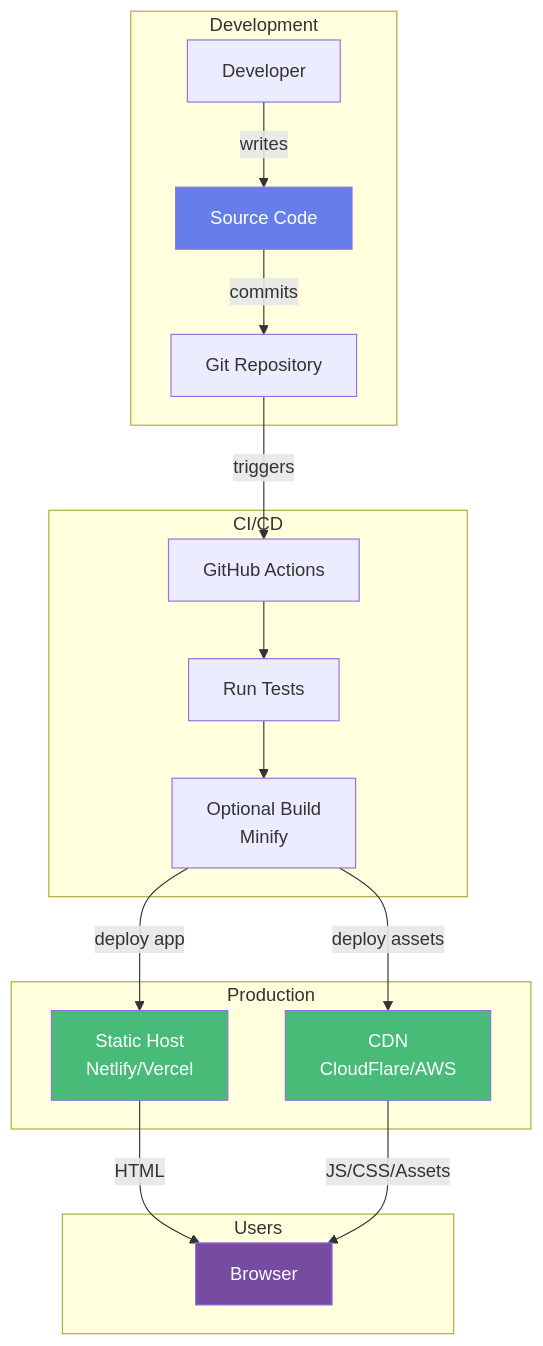
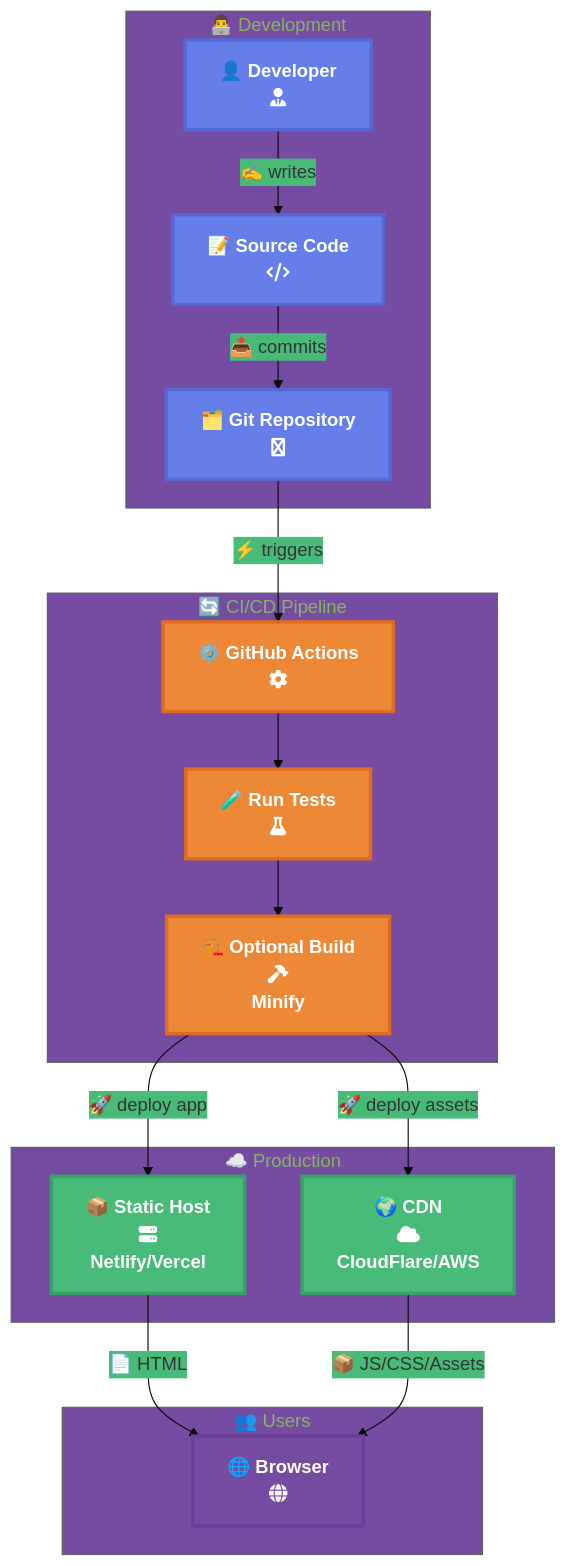
Before and after one commit to larcjs/larc: the fifth of 5 diagrams in docs/books/learning-larc/diagrams/01-architecture-overview.md, drawn with Mermaid. The commit also changed other lines of this file and 12 other files, not shown here.

First line of the commit message:
docs: expand Learning LARC chapters 11-19 into individual files and enhance diagrams

````diff
--- a/docs/books/learning-larc/diagrams/01-architecture-overview.md
+++ b/docs/books/learning-larc/diagrams/01-architecture-overview.md
@@ -157,41 +182,47 @@
 ```mermaid
+%%{init: {'theme':'base', 'themeVariables': { 'primaryColor':'#667eea','secondaryColor':'#48bb78','tertiaryColor':'#764ba2'}}}%%
 graph TB
-    subgraph "Development"
-        Dev[Developer]
-        Code[Source Code]
-        Git[Git Repository]
+    subgraph Dev["👨‍💻 Development"]
+        Developer["👤 Developer<br/>fa:fa-user-tie"]
+        Code["📝 Source Code<br/>fa:fa-code"]
+        Git["🗂️ Git Repository<br/>fa:fa-git-alt"]
 
-        Dev -->|writes| Code
-        Code -->|commits| Git
+        Developer -->|✍️ writes| Code
+        Code -->|📤 commits| Git
     end
 
-    subgraph "CI/CD"
-        GH[GitHub Actions]
-        Test[Run Tests]
-        Build[Optional Build<br/>Minify]
+    subgraph CICD["🔄 CI/CD Pipeline"]
+        GH["⚙️ GitHub Actions<br/>fa:fa-cog"]
+        Test["🧪 Run Tests<br/>fa:fa-flask"]
+        Build["🏗️ Optional Build<br/>fa:fa-hammer<br/>Minify"]
 
-        Git -->|triggers| GH
+        Git -->|⚡ triggers| GH
         GH --> Test
         Test --> Build
     end
 
-    subgraph "Production"
-        CDN[CDN<br/>CloudFlare/AWS]
-        Static[Static Host<br/>Netlify/Vercel]
+    subgraph Prod["☁️ Production"]
+        CDN["🌍 CDN<br/>fa:fa-cloud<br/>CloudFlare/AWS"]
+        Static["📦 Static Host<br/>fa:fa-server<br/>Netlify/Vercel"]
 
-        Build -->|deploy assets| CDN
-        Build -->|deploy app| Static
+        Build -->|🚀 deploy assets| CDN
+        Build -->|🚀 deploy app| Static
     end
 
-    subgraph "Users"
-        Browser[Browser]
+    subgraph Users["👥 Users"]
+        Browser["🌐 Browser<br/>fa:fa-globe"]
 
-        Static -->|HTML| Browser
-        CDN -->|JS/CSS/Assets| Browser
+        Static -->|📄 HTML| Browser
+        CDN -->|📦 JS/CSS/Assets| Browser
     end
 
-    style Code fill:#667eea,color:#fff
-    style Static fill:#48bb78,color:#fff
-    style CDN fill:#48bb78,color:#fff
-    style Browser fill:#764ba2,color:#fff
+    classDef developer fill:#667eea,stroke:#5568d3,stroke-width:3px,color:#fff,font-weight:bold
+    classDef production fill:#48bb78,stroke:#38a169,stroke-width:3px,color:#fff,font-weight:bold
+    classDef user fill:#764ba2,stroke:#6a3f99,stroke-width:3px,color:#fff,font-weight:bold
+    classDef cicd fill:#ed8936,stroke:#dd6b20,stroke-width:3px,color:#fff,font-weight:bold
+
+    class Code,Developer,Git developer
+    class Static,CDN production
+    class Browser user
+    class GH,Test,Build cicd
 ```
````
